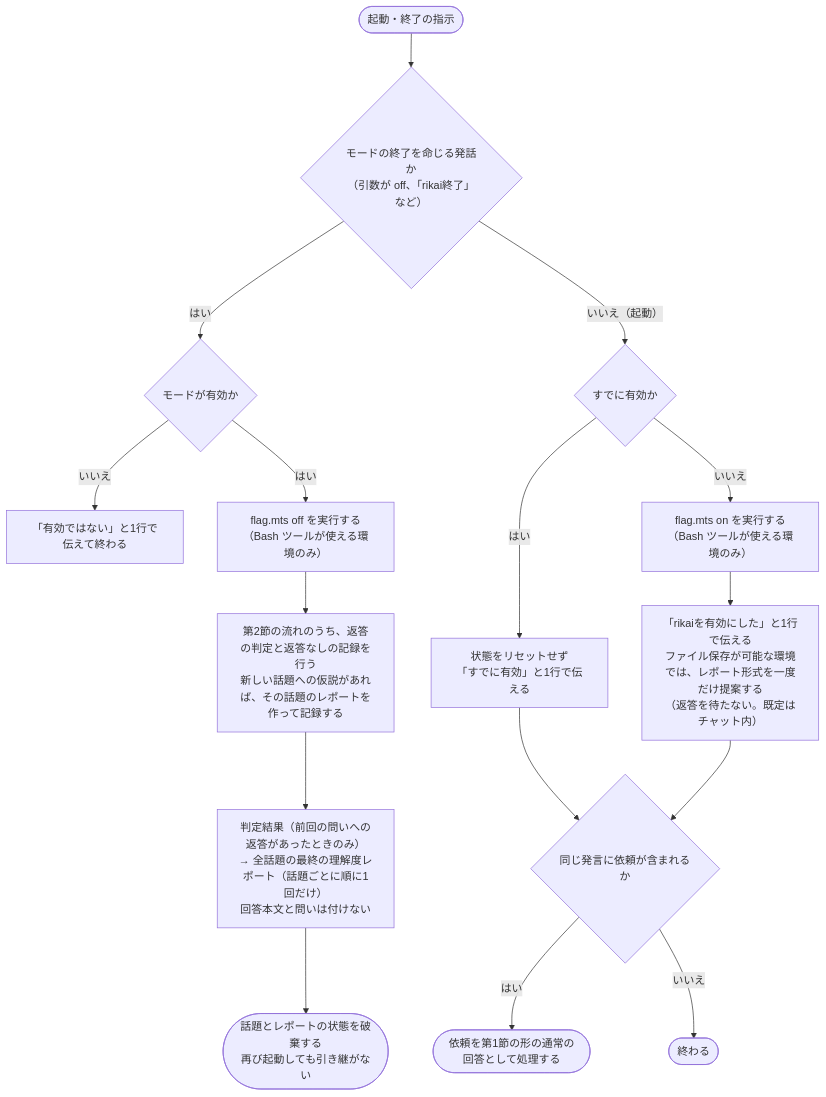
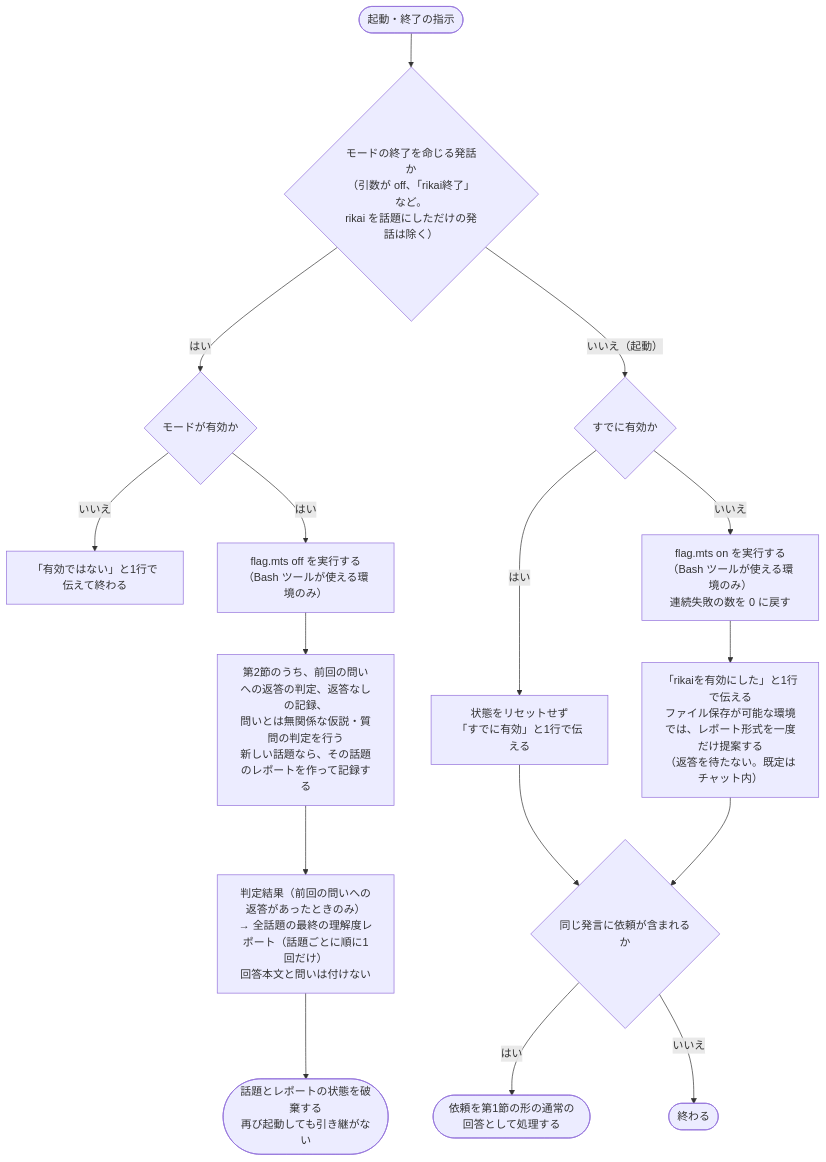
The third of 3 diagrams in skills/rikai/SKILL.md (kokuto821/rikai), drawn with Mermaid before and after one commit. The commit also changed other lines of this file, not shown here.

First line of the commit message:
#4 docs: 図と補足の食い違いを防ぐためSKILL.mdのフローチャートを整合させる

````diff
--- a/skills/rikai/SKILL.md
+++ b/skills/rikai/SKILL.md
@@ -174,19 +174,19 @@
 ```mermaid
 flowchart TD
-    Start(["起動・終了の指示"]) --> Kind{"モードの終了を命じる発話か<br/>（引数が off、「rikai終了」など）"}
+    Start(["起動・終了の指示"]) --> Kind{"モードの終了を命じる発話か<br/>（引数が off、「rikai終了」など。<br/>rikai を話題にしただけの発話は除く）"}
     Kind -- "はい" --> EndActive{"モードが有効か"}
     EndActive -- "いいえ" --> NotActive["「有効ではない」と1行で伝えて終わる"]
     EndActive -- "はい" --> FlagOff["flag.mts off を実行する<br/>（Bash ツールが使える環境のみ）"]
-    FlagOff --> EndJudge["第2節の流れのうち、返答の判定と返答なしの記録を行う<br/>新しい話題への仮説があれば、その話題のレポートを作って記録する"]
+    FlagOff --> EndJudge["第2節のうち、前回の問いへの返答の判定、返答なしの記録、<br/>問いとは無関係な仮説・質問の判定を行う<br/>新しい話題なら、その話題のレポートを作って記録する"]
     EndJudge --> EndOut["判定結果（前回の問いへの返答があったときのみ）<br/>→ 全話題の最終の理解度レポート（話題ごとに順に1回だけ）<br/>回答本文と問いは付けない"]
     EndOut --> Discard(["話題とレポートの状態を破棄する<br/>再び起動しても引き継がない"])
     Kind -- "いいえ（起動）" --> StartActive{"すでに有効か"}
     StartActive -- "はい" --> AlreadyOn["状態をリセットせず<br/>「すでに有効」と1行で伝える"]
-    StartActive -- "いいえ" --> FlagOn["flag.mts on を実行する<br/>（Bash ツールが使える環境のみ）"]
+    StartActive -- "いいえ" --> FlagOn["flag.mts on を実行する（Bash ツールが使える環境のみ）<br/>連続失敗の数を 0 に戻す"]
     FlagOn --> StartMsg["「rikaiを有効にした」と1行で伝える<br/>ファイル保存が可能な環境では、レポート形式を一度だけ提案する<br/>（返答を待たない。既定はチャット内）"]
     AlreadyOn --> HasReq
     StartMsg --> HasReq
     HasReq{"同じ発言に依頼が含まれるか"}
     HasReq -- "はい" --> Answer(["依頼を第1節の形の通常の回答として処理する"])
     HasReq -- "いいえ" --> Done(["終わる"])
 ```
````
